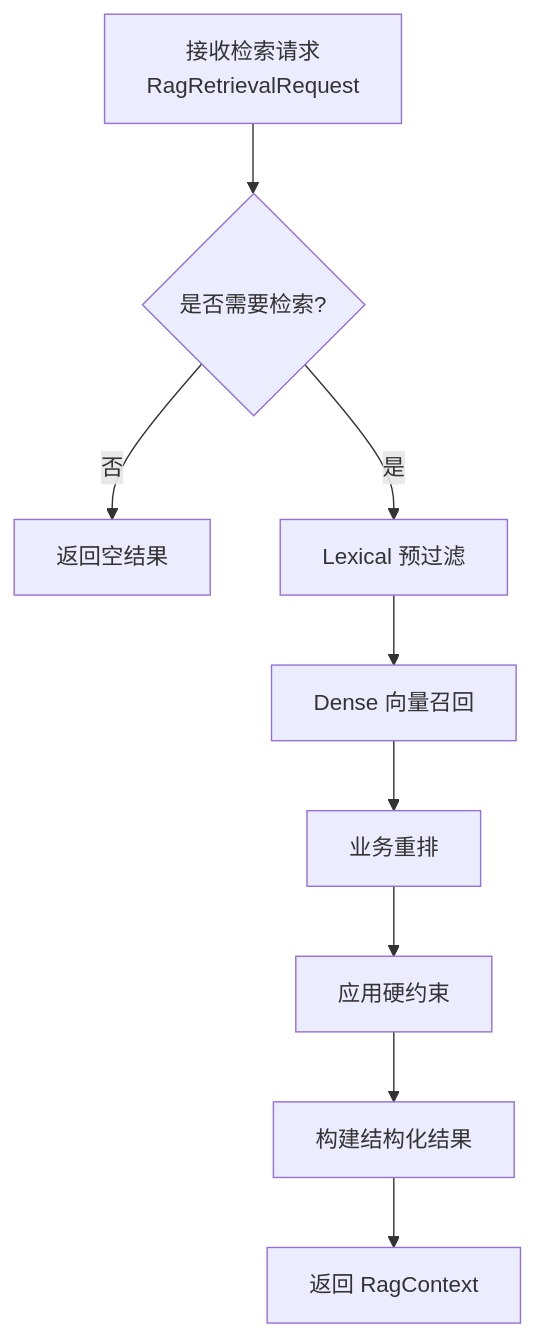
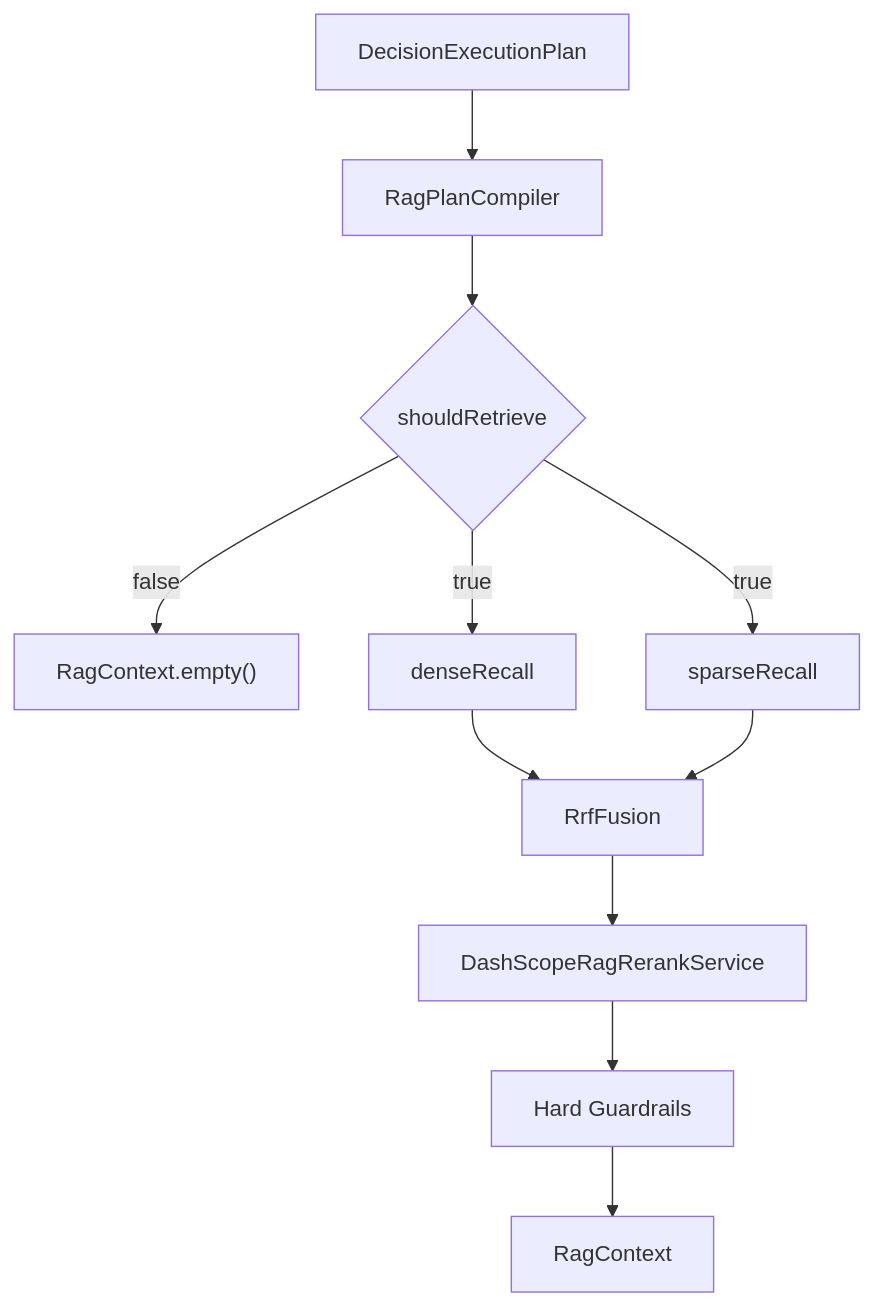
The diagram in docs/rag-technical-implementation.md (sry8848/a05-final), drawn with Mermaid before and after one commit. The commit also changed other lines of this file and 3 other files, not shown here.

````diff
--- a/docs/rag-technical-implementation.md
+++ b/docs/rag-technical-implementation.md
@@ -63,11 +132,13 @@
 ```mermaid
 flowchart TD
-    A[接收检索请求<br>RagRetrievalRequest] --> B{是否需要检索?}
-    B -->|否| C[返回空结果]
-    B -->|是| D[Lexical 预过滤]
-    D --> E[Dense 向量召回]
-    E --> F[业务重排]
-    F --> G[应用硬约束]
-    G --> H[构建结构化结果]
-    H --> I[返回 RagContext]
+    A["DecisionExecutionPlan"] --> B["RagPlanCompiler"]
+    B --> C{"shouldRetrieve"}
+    C -->|false| D["RagContext.empty()"]
+    C -->|true| E["denseRecall"]
+    C -->|true| F["sparseRecall"]
+    E --> G["RrfFusion"]
+    F --> G
+    G --> H["DashScopeRagRerankService"]
+    H --> I["Hard Guardrails"]
+    I --> J["RagContext"]
 ```
````
